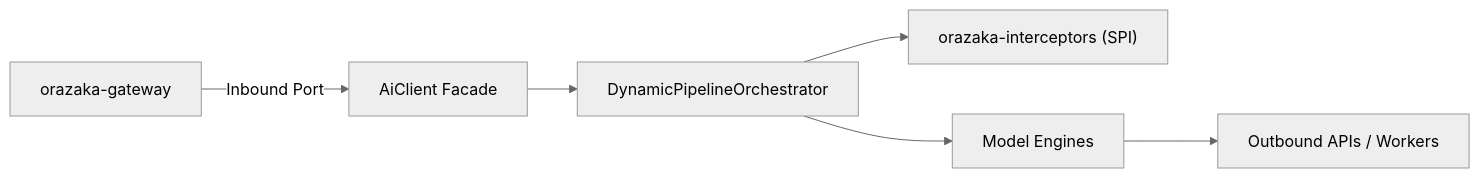
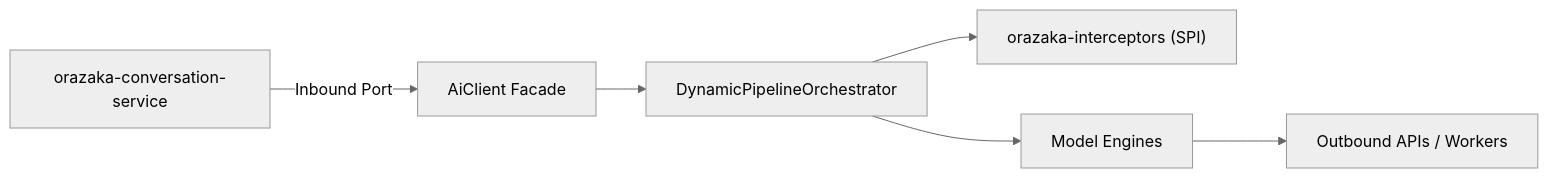
The first of 3 diagrams in orazaka-content/docs/CORE.md (krizaka/krizaka-com), drawn with Mermaid (neutral theme) before and after one commit. The commit also changed other lines of this file and 99 other files, not shown here.

Commit message:
feat(orochia): showcase Orochia 4K streaming platform on krizaka-com with dedicated product route, media gallery & architecture sync

````diff
--- a/orazaka-content/docs/CORE.md
+++ b/orazaka-content/docs/CORE.md
@@ -17,8 +17,8 @@
 ```mermaid
 flowchart LR
-    GW[orazaka-gateway] -->|Inbound Port| Facade["AiClient Facade"]
+    GW[orazaka-conversation-service] -->|Inbound Port| Facade["AiClient Facade"]
     Facade --> Pipeline["DynamicPipelineOrchestrator"]
     Pipeline --> Interceptors["orazaka-interceptors (SPI)"]
     Pipeline --> Engines["Model Engines"]
     Engines --> Outbound["Outbound APIs / Workers"]
 ```
````
